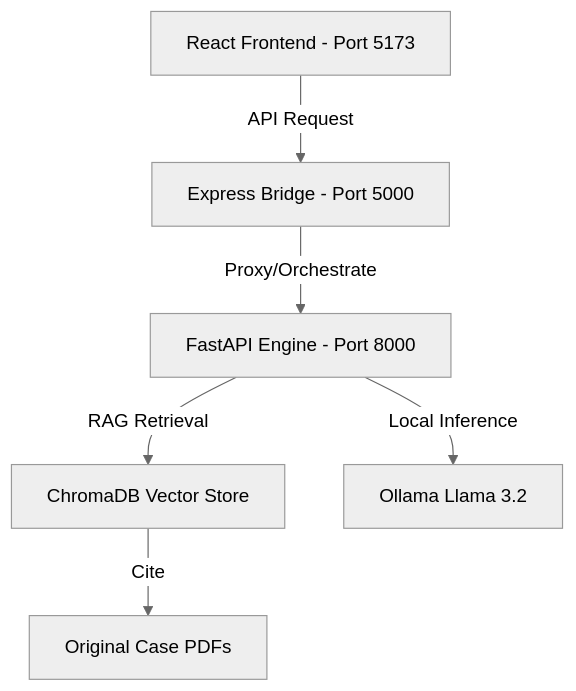
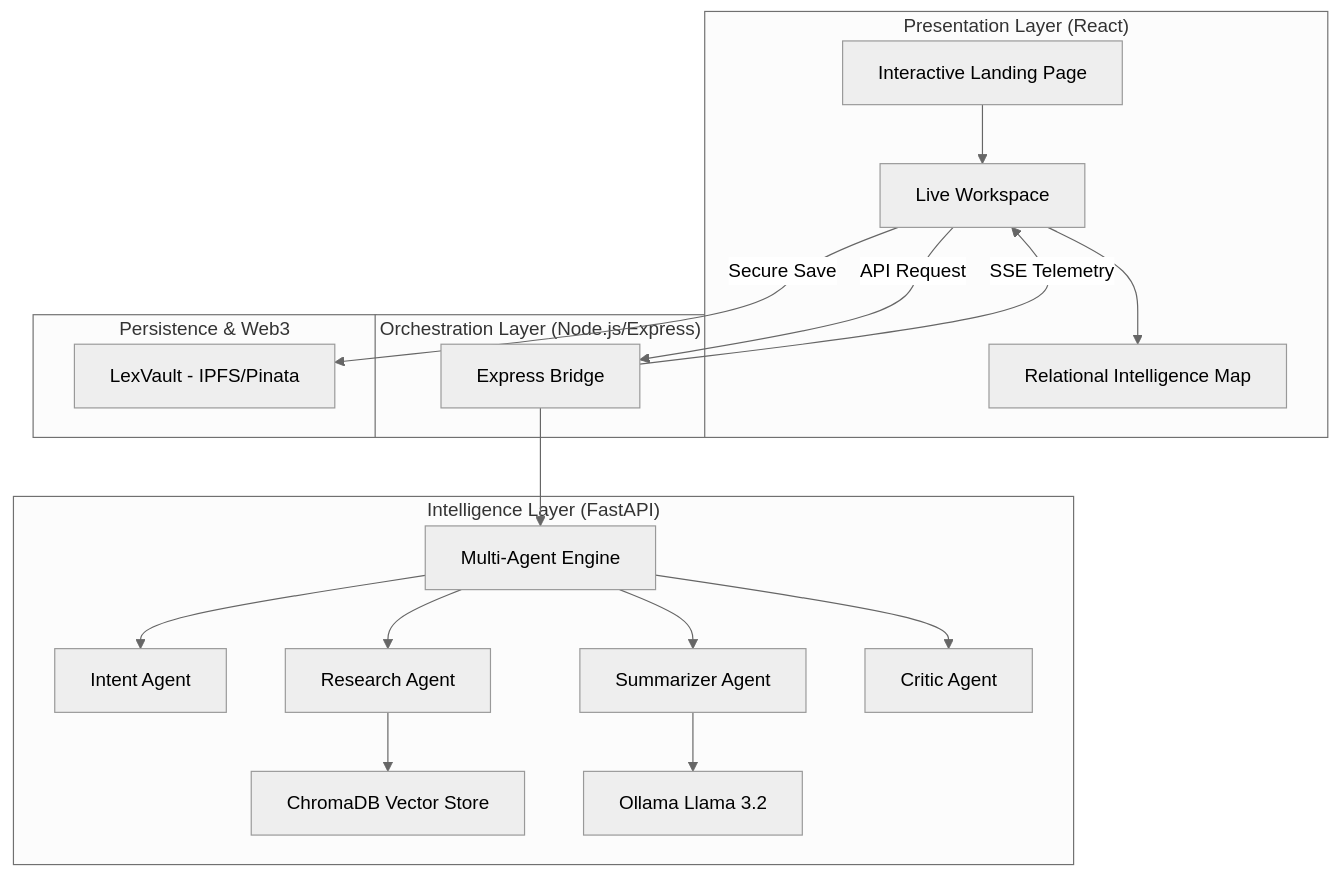
Before and after one commit to Rishikesh073/JUDICARY-SYSTEM: the diagram in architecture.md, drawn with Mermaid (neutral theme). The commit also changed other lines of this file, not shown here.

Commit message:
Update architecture.md to reflect final multi-agent and Web3 state

````diff
--- a/architecture.md
+++ b/architecture.md
@@ -6,8 +6,27 @@
 ```mermaid
 graph TD
-    A[React Frontend - Port 5173] -->|API Request| B[Express Bridge - Port 5000]
-    B -->|Proxy/Orchestrate| C[FastAPI Engine - Port 8000]
-    C -->|RAG Retrieval| D[ChromaDB Vector Store]
-    C -->|Local Inference| E[Ollama Llama 3.2]
-    D -->|Cite| F[Original Case PDFs]
+    subgraph "Presentation Layer (React)"
+        A[Interactive Landing Page] --> B[Live Workspace]
+        B --> C[Relational Intelligence Map]
+    end
+
+    subgraph "Orchestration Layer (Node.js/Express)"
+        D[Express Bridge] -->|SSE Telemetry| B
+        B -->|API Request| D
+    end
+
+    subgraph "Intelligence Layer (FastAPI)"
+        D --> E[Multi-Agent Engine]
+        E --> F[Intent Agent]
+        E --> G[Research Agent]
+        E --> H[Summarizer Agent]
+        E --> I[Critic Agent]
+        G --> J[ChromaDB Vector Store]
+        H --> K[Ollama Llama 3.2]
+    end
+
+    subgraph "Persistence & Web3"
+        L[LexVault - IPFS/Pinata]
+        B -->|Secure Save| L
+    end
 ```
````
